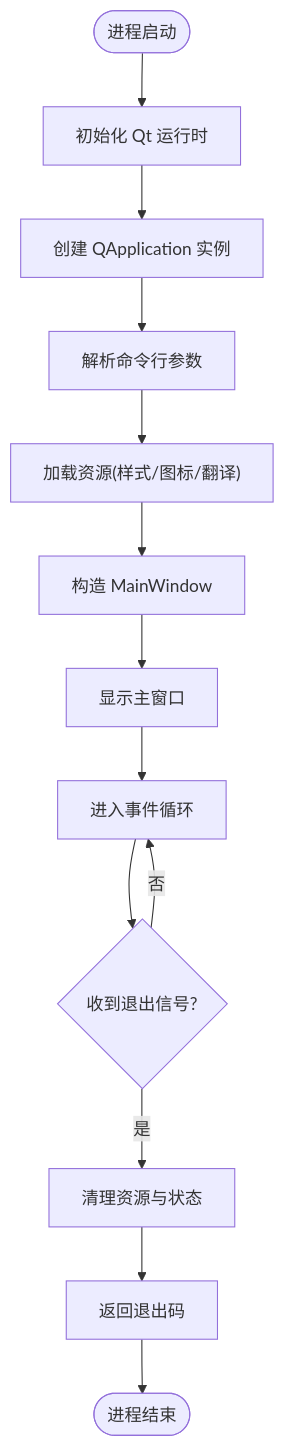
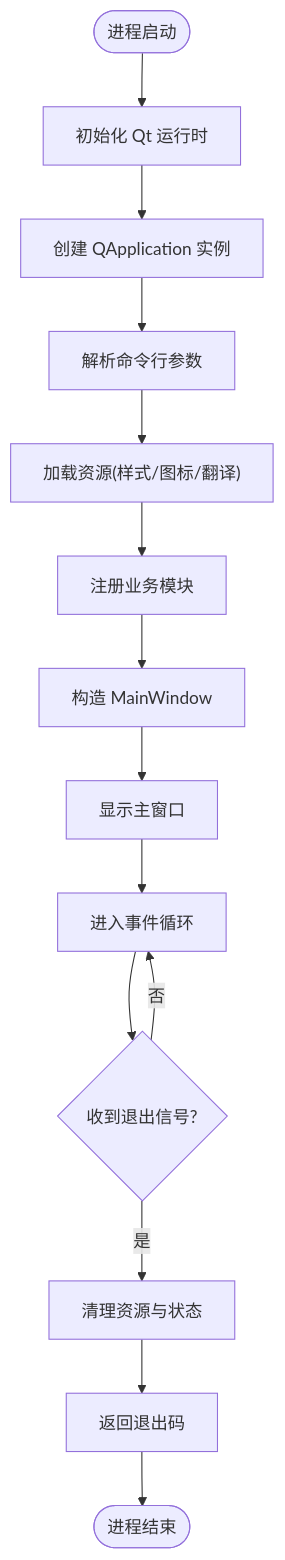
One commit to jakecai1225-design/OpenBus changed the third of 8 diagrams in .qoder/repowiki/zh/content/核心模块详解/应用程序入口.md. Above: the diagram before and after it, drawn with Mermaid. The commit also changed other lines of this file and 58 other files, not shown here.

````diff
--- a/.qoder/repowiki/zh/content/核心模块详解/应用程序入口.md
+++ b/.qoder/repowiki/zh/content/核心模块详解/应用程序入口.md
@@ -143,15 +158,16 @@
 ```mermaid
 flowchart TD
 Start(["进程启动"]) --> InitQt["初始化 Qt 运行时"]
 InitQt --> CreateApp["创建 QApplication 实例"]
 CreateApp --> ParseArgs["解析命令行参数"]
 ParseArgs --> LoadRes["加载资源(样式/图标/翻译)"]
-LoadRes --> CreateWin["构造 MainWindow"]
+LoadRes --> RegisterModules["注册业务模块"]
+RegisterModules --> CreateWin["构造 MainWindow"]
 CreateWin --> ShowWin["显示主窗口"]
 ShowWin --> EventLoop["进入事件循环"]
 EventLoop --> Exit{"收到退出信号?"}
 Exit --> |否| EventLoop
 Exit --> |是| Cleanup["清理资源与状态"]
 Cleanup --> ReturnCode["返回退出码"]
 ReturnCode --> End(["进程结束"])
 ```
````
